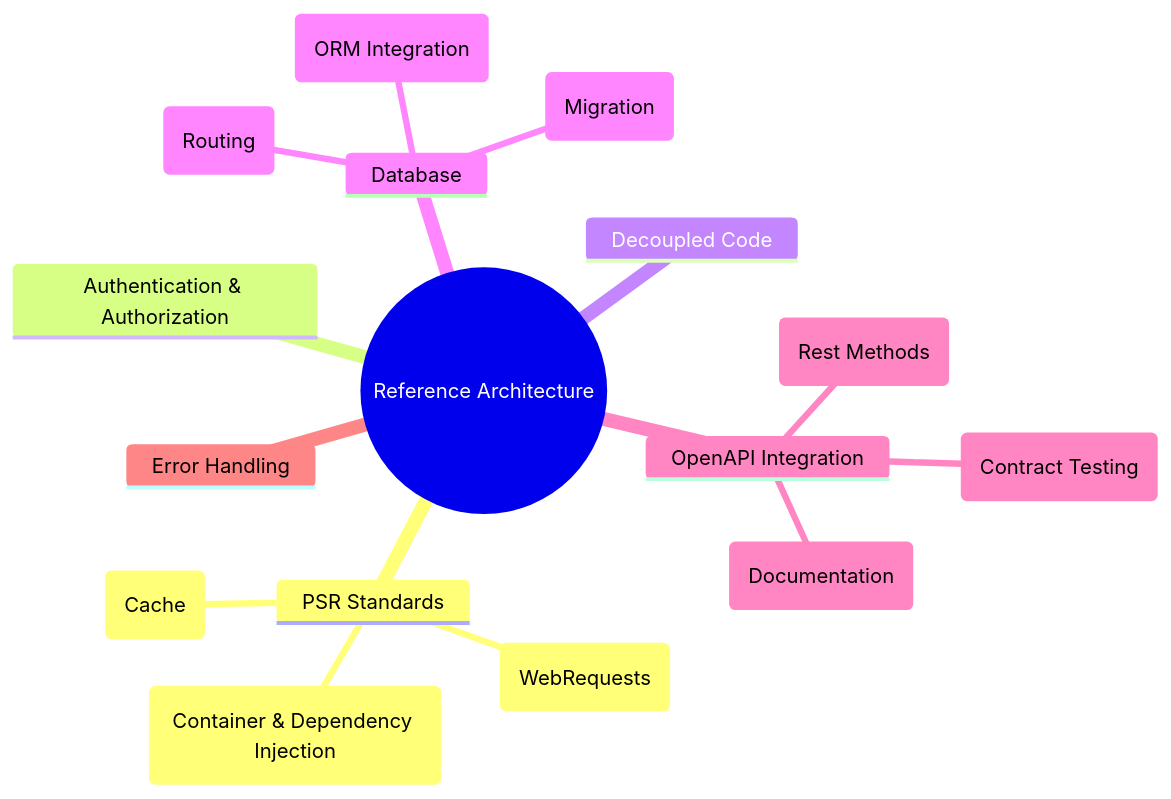
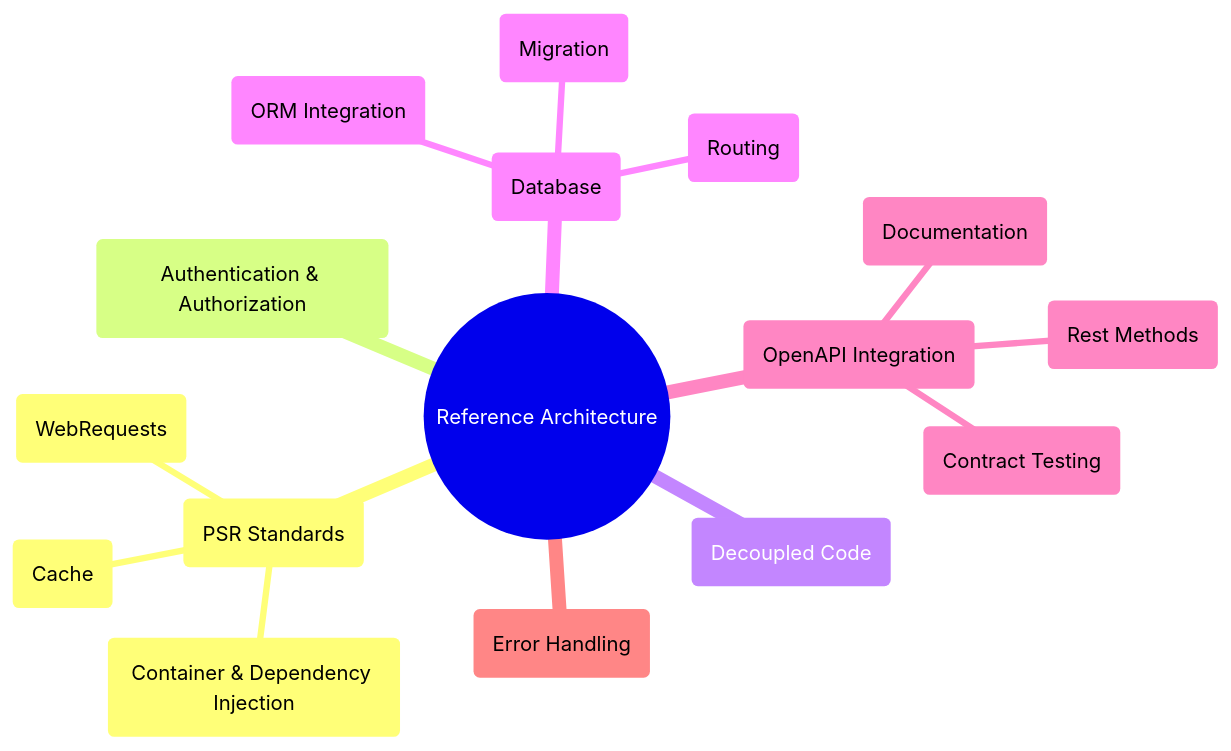
Before and after one commit to byjg/php-rest-reference-architecture: the diagram in README.md, drawn with Mermaid.

Commit message:
Updating Mermaid Diagram

````diff
--- a/README.md
+++ b/README.md
@@ -14,19 +14,19 @@
 ```mermaid
 mindmap
-  root((Reference Architecture))
-    PSR Standards
-        PSR-7(WebRequests)
-        PSR-11(Container & Dependency Injection)
-        PSR-6(Cache)
-    Authentication & Authorization
-    Decoupled Code
-    Database
-        orm(ORM Integration)
-        migration(Migration)
-        routing(Routing)
-    OpenAPI Integration
-        rest(Rest Methods)
-        rest(Contract Testing)
-        rest(Documentation)
-    Error Handling
+  (("Reference Architecture"))
+    ("PSR Standards")
+      ("WebRequests")
+      ("Container & Dependency Injection")
+      ("Cache")
+    ("Authentication & Authorization")
+    ("Decoupled Code")
+    ("Database")
+      ("ORM Integration")
+      ("Migration")
+      ("Routing")
+    ("OpenAPI Integration")
+      ("Rest Methods")
+      ("Contract Testing")
+      ("Documentation")
+    ("Error Handling")
 ```
````
